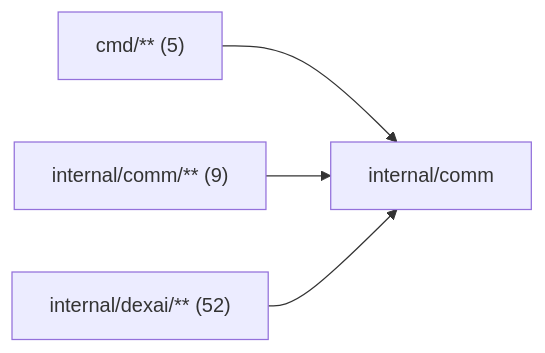
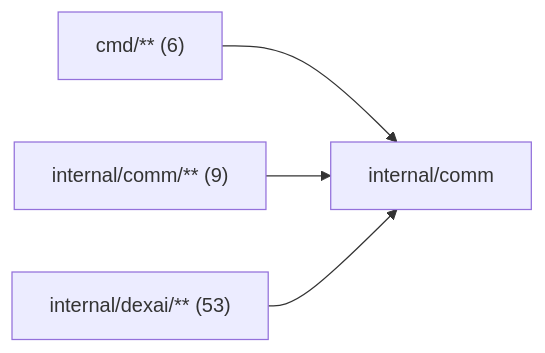
The diagram in internal/comm/README.md (superdurable/superverse), drawn with Mermaid before and after one commit. The commit also changed other lines of this file and 126 other files, not shown here.

````diff
--- a/internal/comm/README.md
+++ b/internal/comm/README.md
@@ -10,7 +10,7 @@
 ```mermaid
 flowchart LR
   self["internal/comm"]
-  c0["cmd/** (5)"] --> self
+  c0["cmd/** (6)"] --> self
   c1["internal/comm/** (9)"] --> self
-  c2["internal/dexai/** (52)"] --> self
+  c2["internal/dexai/** (53)"] --> self
 ```
````
